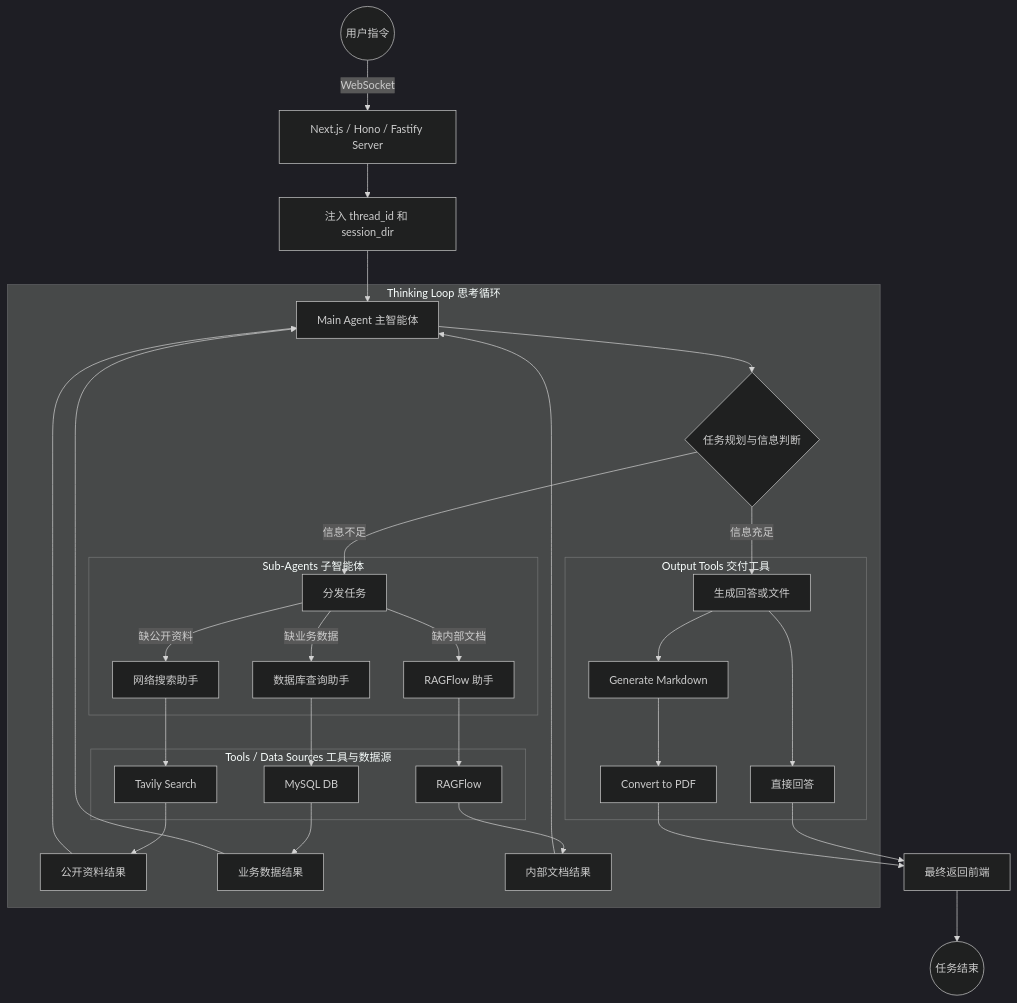
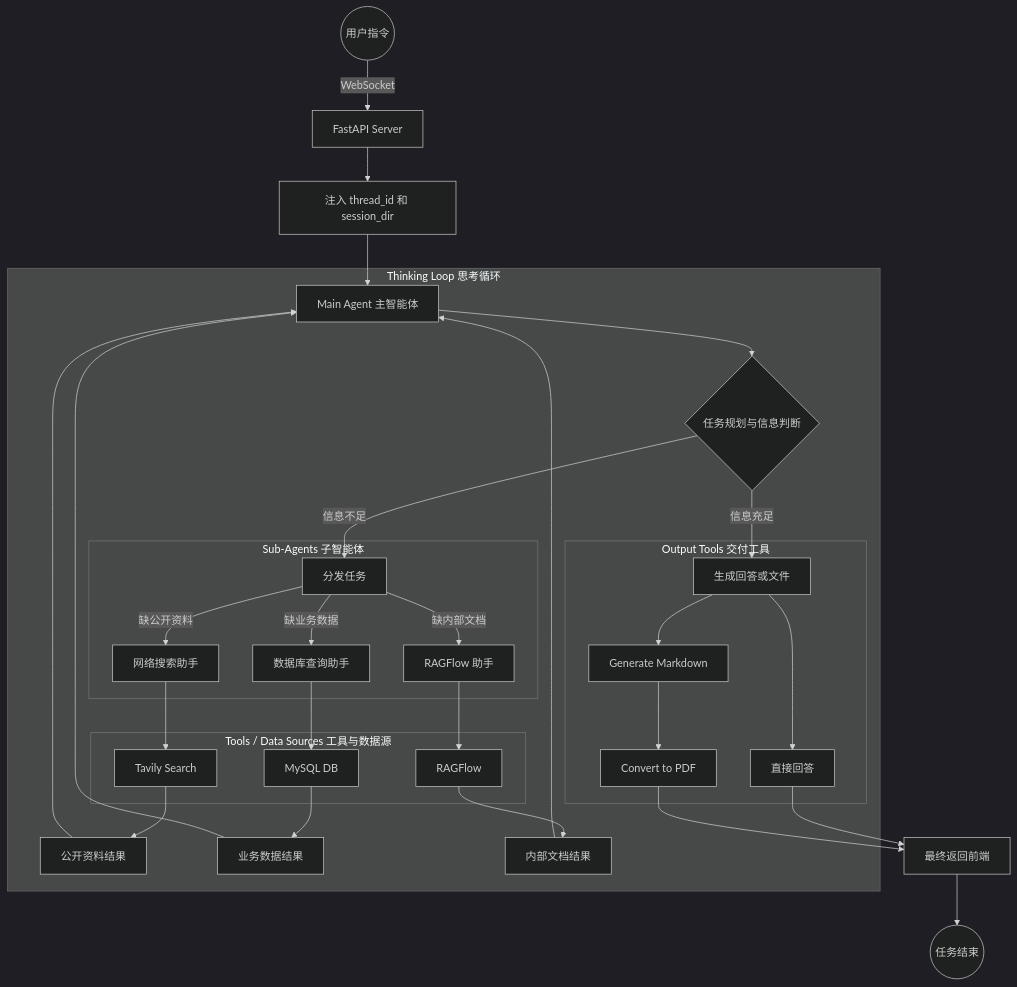
Before and after one commit to eat-happy/ai-agents-from-zero-ts: the diagram in book/projects/deep-research/8-项目总览与工程初始化.md, drawn with Mermaid (dark theme). The commit also changed other lines of this file and 90 other files, not shown here.

````diff
--- a/book/projects/deep-research/8-项目总览与工程初始化.md
+++ b/book/projects/deep-research/8-项目总览与工程初始化.md
@@ -162,41 +342,41 @@
 ```mermaid
 flowchart TD
-    Start((用户指令)) -->|WebSocket| Server[Next.js / Hono / Fastify Server]
+    Start((用户指令)) -->|WebSocket| Server[FastAPI Server]
     Server --> Context[注入 thread_id 和 session_dir]
     Context --> Main[Main Agent 主智能体]
 
     subgraph Loop["Thinking Loop 思考循环"]
         Main --> Plan{任务规划与信息判断}
         Plan -- 信息不足 --> Dispatch[分发任务]
         Plan -- 信息充足 --> Generate[生成回答或文件]
 
         subgraph Agents["Sub-Agents 子智能体"]
             Dispatch -- 缺公开资料 --> SearchAgent[网络搜索助手]
             Dispatch -- 缺业务数据 --> DBAgent[数据库查询助手]
             Dispatch -- 缺内部文档 --> RAGAgent[RAGFlow 助手]
         end
 
         subgraph Tools["Tools / Data Sources 工具与数据源"]
             SearchAgent --> Tavily[Tavily Search]
             DBAgent --> MySQL[MySQL DB]
             RAGAgent --> RAGFlow[RAGFlow]
         end
 
         Tavily --> SearchResult[公开资料结果]
         MySQL --> DBResult[业务数据结果]
         RAGFlow --> RAGResult[内部文档结果]
         SearchResult --> Main
         DBResult --> Main
         RAGResult --> Main
 
         subgraph Output["Output Tools 交付工具"]
             Generate --> Answer[直接回答]
             Generate --> MD[Generate Markdown]
             MD --> PDF[Convert to PDF]
         end
     end
 
     Answer --> Response[最终返回前端]
     PDF --> Response
     Response --> End((任务结束))
 ```
````
